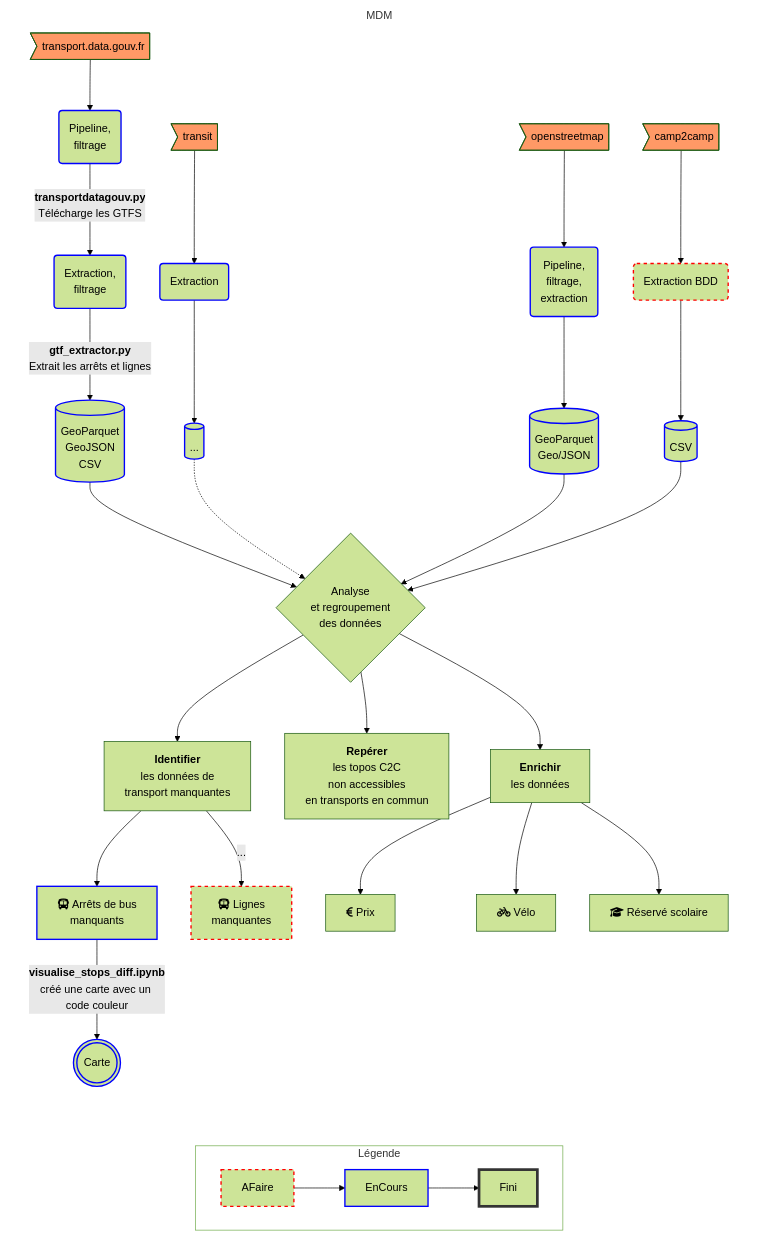
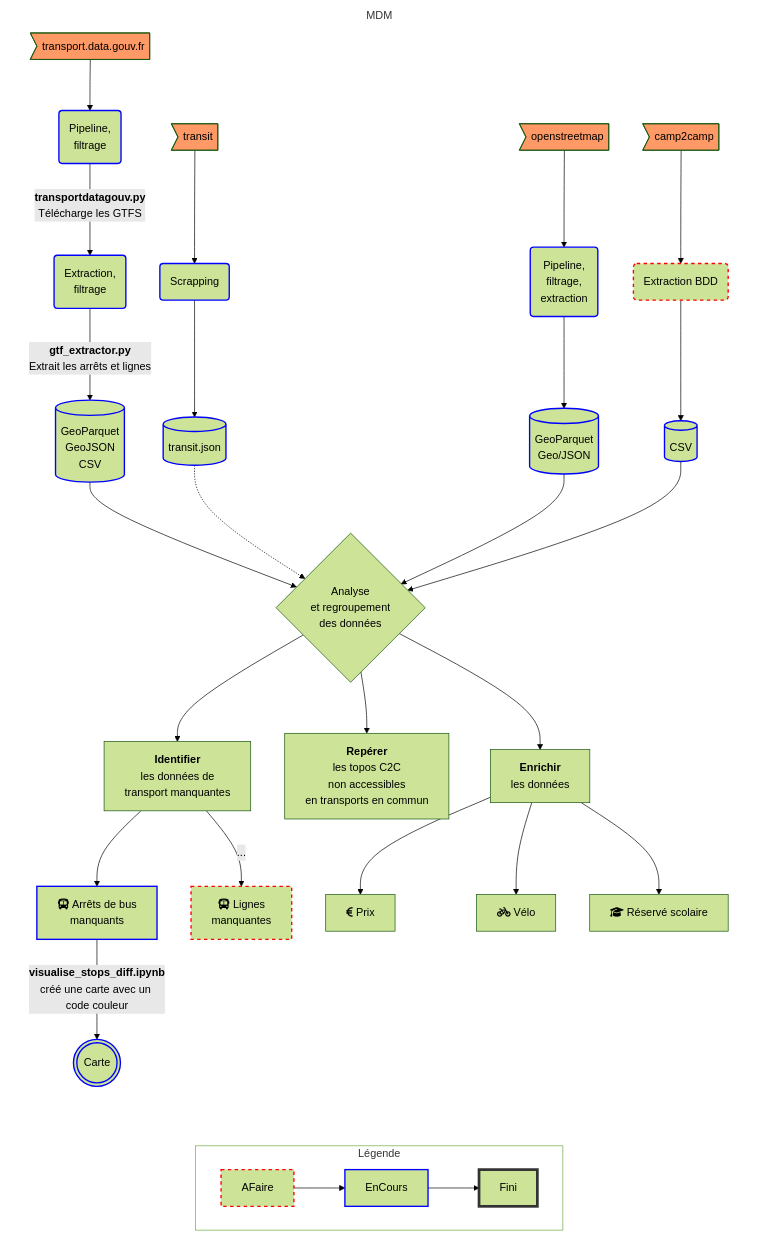
Before and after one commit to data-for-good-grenoble/mobilite_durable: the diagram in doc/process.mermaid, drawn with Mermaid.

Commit message:
Update process.mermaid
Updated transit details

```diff
--- a/doc/process.mermaid
+++ b/doc/process.mermaid
@@ -1,91 +1,91 @@
 ---
 config:
   theme: 'forest'
 ---
 flowchart TD
     subgraph MDM
         direction TB
         SOURCE_TDG>transport.data.gouv.fr] --> PF_TDG("`Pipeline,
                     filtrage`")
-        SOURCE_TRANSIT>transit] --> PFE_TRANSIT("`Extraction`")
+        SOURCE_TRANSIT>transit] --> PFE_TRANSIT("`Scrapping`")
         SOURCE_OSM>openstreetmap] --> PFE_OSM("`Pipeline,
                     filtrage,
                     extraction`")
         SOURCE_C2C>camp2camp] --> PFE_C2C("`Extraction BDD`")
 
 
         PF_TDG -->|"`__transportdatagouv.py__
                     Télécharge les GTFS`"| FE_TDG("`Extraction,
                     filtrage`")
         FE_TDG -->|"`__gtf_extractor.py__
                     Extrait les arrêts et lignes`"| EXPORT_TDG[("`GeoParquet
                     GeoJSON
                     CSV`")]
-        PFE_TRANSIT --> EXPORT_TRANSIT[("`...`")]
+        PFE_TRANSIT --> EXPORT_TRANSIT[("`transit.json`")]
         PFE_OSM --> EXPORT_OSM[("`GeoParquet
                     Geo/JSON`")]
         PFE_C2C --> EXPORT_C2C[("`CSV`")]
 
 
         EXPORT_TDG --> ANALYSE{"`Analyse
                     et regroupement
                     des données`"}
         EXPORT_TRANSIT -.-> ANALYSE
         EXPORT_OSM --> ANALYSE
         EXPORT_C2C --> ANALYSE
 
 
         ANALYSE --> IDENTIFIER["`**Identifier**
                     les données de
                     transport manquantes`"]
         ANALYSE --> REPERER["`**Repérer**
                     les topos C2C
                     non accessibles
                     en transports en commun`"]
         ANALYSE --> ENRICHIR["`**Enrichir**
                     les données`"]
         IDENTIFIER --> ARRETS_MANQUANTS["`fa:fa-bus Arrêts de bus
                     manquants`"]
         IDENTIFIER -->|...| LIGNES_MANQUANTES["`fa:fa-bus Lignes
                     manquantes`"]
         ARRETS_MANQUANTS -->|"`__visualise_stops_diff.ipynb__
                 créé une carte avec un code couleur`"| DIFF((("`Carte`")))
         ENRICHIR --> PRIX[fa:fa-eur Prix]
         ENRICHIR --> VELO[fa:fa-bicycle Vélo]
         ENRICHIR --> SPECIAUX[fa:fa-graduation-cap  Réservé scolaire]
 
     %% Styling
         style MDM fill:#fff,stroke:#fff
         style SOURCE_TDG fill:#f96
         style SOURCE_OSM fill:#f96
         style SOURCE_C2C fill:#f96
         style SOURCE_TRANSIT fill:#f96
 
     %% TODO
         style PFE_C2C stroke:#f00,stroke-width:2px,stroke-dasharray: 5 5
         style LIGNES_MANQUANTES stroke:#f00,stroke-width:2px,stroke-dasharray: 5 5
     %% In progress
         style PFE_OSM stroke:#00f,stroke-width:2px
         style PF_TDG stroke:#00f,stroke-width:2px
         style FE_TDG stroke:#00f,stroke-width:2px
         style EXPORT_TDG stroke:#00f,stroke-width:2px
         style EXPORT_C2C stroke:#00f,stroke-width:2px
         style EXPORT_OSM stroke:#00f,stroke-width:2px
         style EXPORT_TRANSIT stroke:#00f,stroke-width:2px
         style ARRETS_MANQUANTS stroke:#00f,stroke-width:2px
         style DIFF stroke:#00f,stroke-width:2px
         style PFE_TRANSIT stroke:#00f,stroke-width:2px
     %% DONE
         %% style PF_TDG fill:#0d0,stroke:#333,stroke-width:4px
     end
 
     subgraph Légende
         direction LR
         style Légende fill:#fff
         AFaire --> EnCours --> Fini
         style AFaire stroke:#f00,stroke-width:2px,stroke-dasharray: 5 5
         style EnCours stroke:#00f,stroke-width:2px
         style Fini stroke:#333,stroke-width:4px
     end
 
     MDM ~~~ Légende
```
